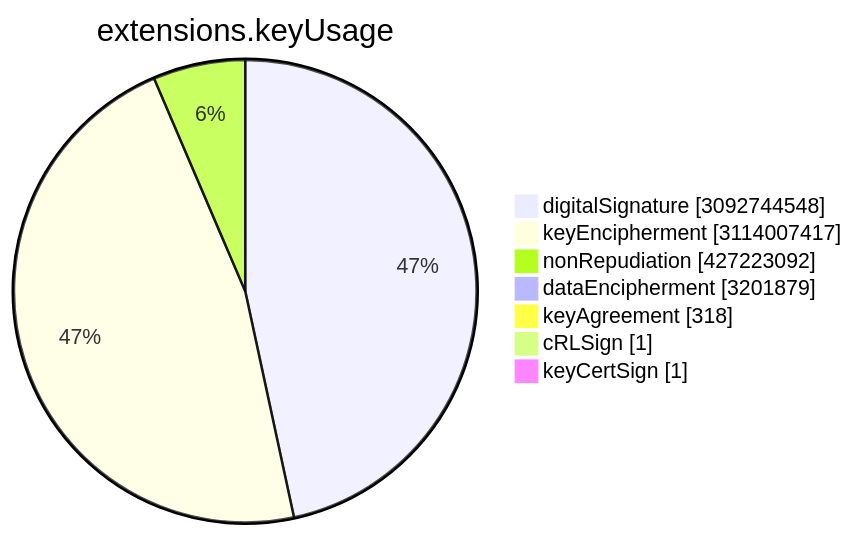
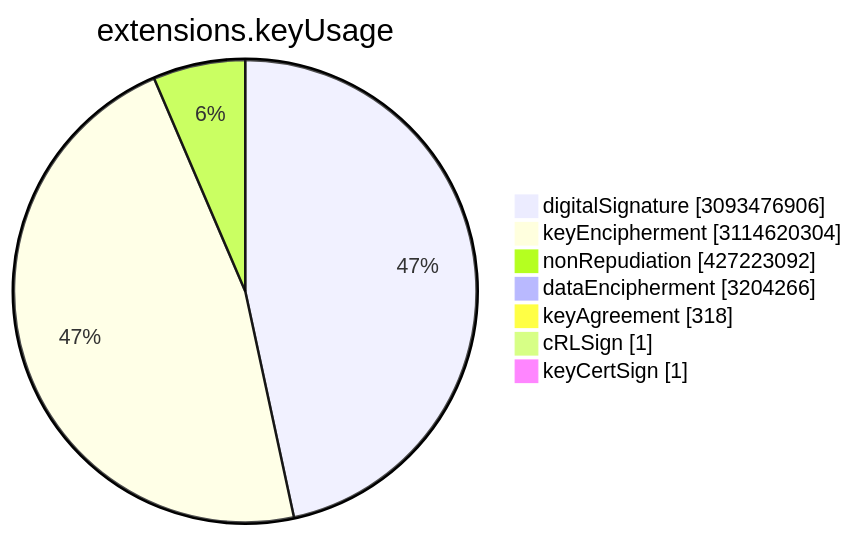
Before and after one commit to christiankrug/ctmonitor_visualization: the sixth of 15 diagrams in TOTAL/README.md, drawn with Mermaid. The commit also changed other lines of this file, not shown here.

````diff
--- a/TOTAL/README.md
+++ b/TOTAL/README.md
@@ -3075,11 +3075,11 @@
 ```mermaid
 pie showData
 title extensions.keyUsage
-"digitalSignature" :3092744548
-"keyEncipherment" :3114007417
+"digitalSignature" :3093476906
+"keyEncipherment" :3114620304
 "nonRepudiation" :427223092
-"dataEncipherment" :3201879
+"dataEncipherment" :3204266
 "keyAgreement" :318
 "cRLSign" :1
 "keyCertSign" :1
 ```
````
